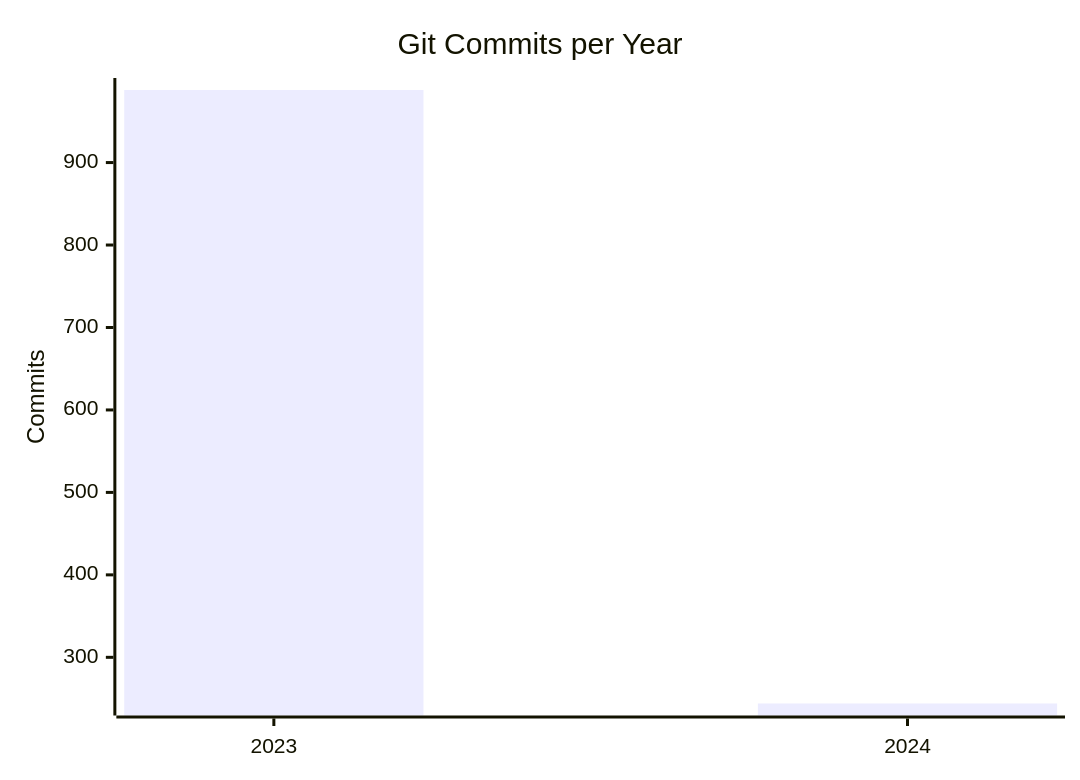
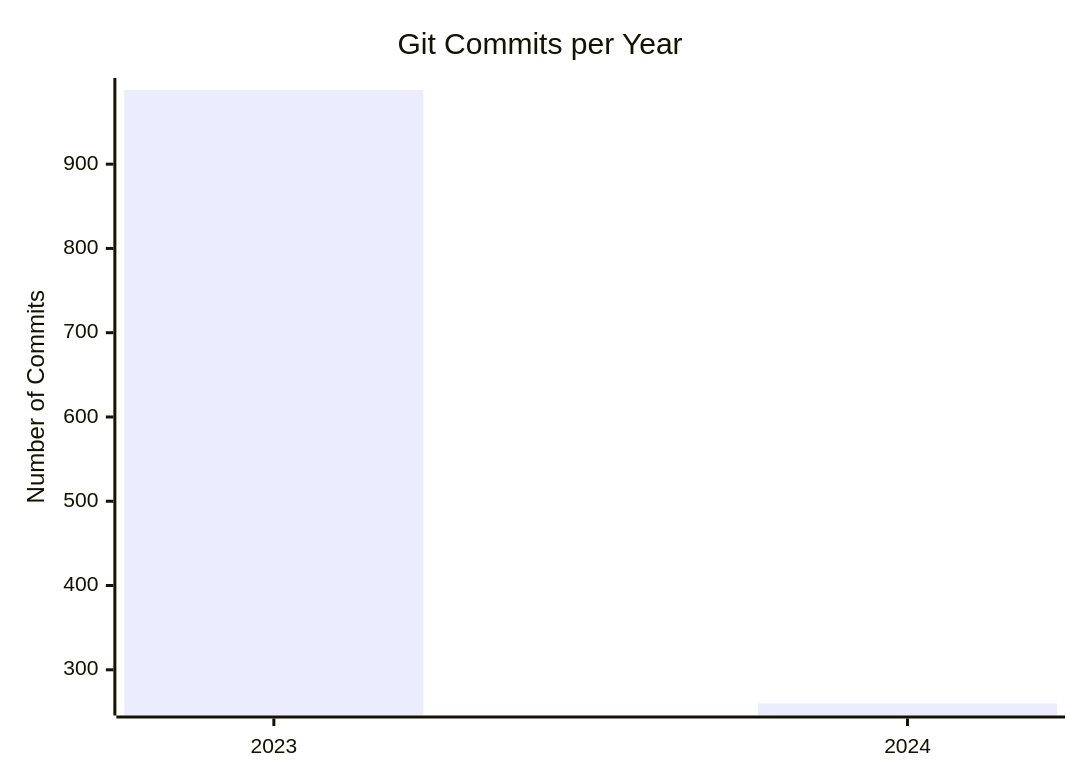
The diagram in git_commits_per_year.mmd (HariSekhon/Diagrams-as-Code), drawn with Mermaid before and after one commit.

```diff
--- a/git_commits_per_year.mmd
+++ b/git_commits_per_year.mmd
@@ -1,6 +1,6 @@
 xychart-beta
     title "Git Commits per Year"
     x-axis [ 2023, 2024 ]
-    y-axis "Commits"
-    bar    [ 988, 244 ]
-    %%line [ 988, 244 ]
+    y-axis "Number of Commits"
+    bar    [ 988, 260 ]
+    %%line [ 988, 260 ]
```
